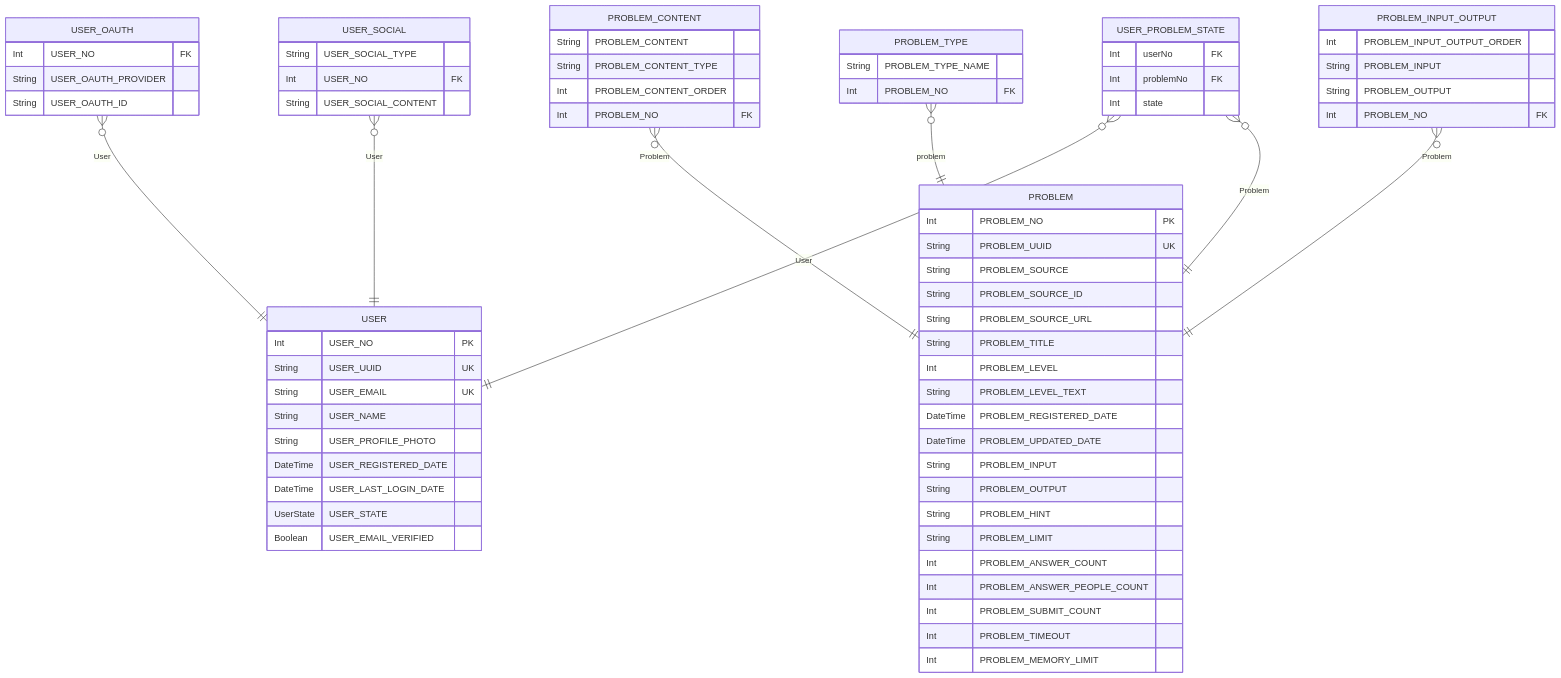
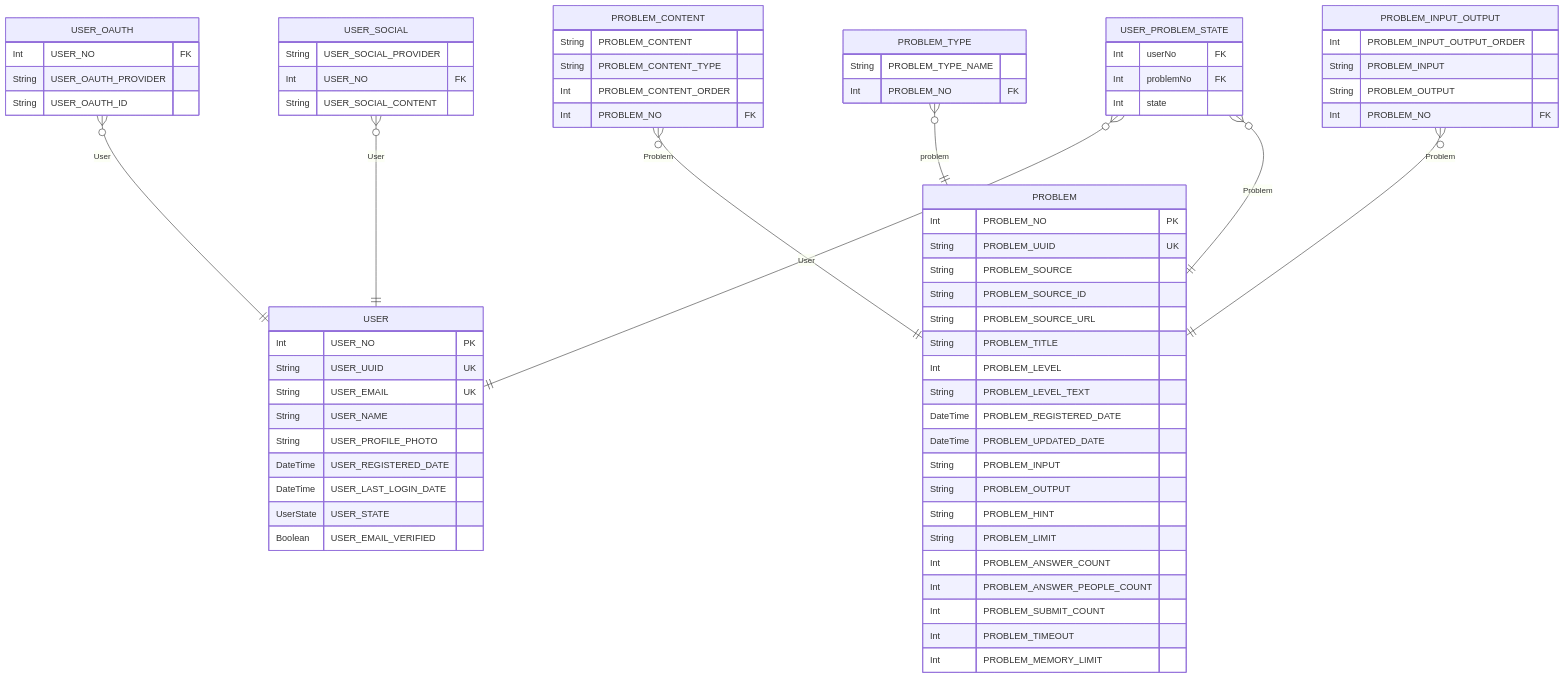
The diagram in libs/prisma/ERD.md (asdasfafsf/Algogo), drawn with Mermaid before and after one commit. The commit also changed other lines of this file and 22 other files, not shown here.

````diff
--- a/libs/prisma/ERD.md
+++ b/libs/prisma/ERD.md
@@ -7,73 +7,73 @@
 ```mermaid
 erDiagram
 "USER" {
   Int USER_NO PK
   String USER_UUID UK
   String USER_EMAIL UK
   String USER_NAME
   String USER_PROFILE_PHOTO
   DateTime USER_REGISTERED_DATE
   DateTime USER_LAST_LOGIN_DATE
   UserState USER_STATE
   Boolean USER_EMAIL_VERIFIED
 }
 "USER_OAUTH" {
   Int USER_NO FK
   String USER_OAUTH_PROVIDER
   String USER_OAUTH_ID
 }
 "USER_SOCIAL" {
-  String USER_SOCIAL_TYPE
+  String USER_SOCIAL_PROVIDER
   Int USER_NO FK
   String USER_SOCIAL_CONTENT
 }
 "PROBLEM" {
   Int PROBLEM_NO PK
   String PROBLEM_UUID UK
   String PROBLEM_SOURCE
   String PROBLEM_SOURCE_ID
   String PROBLEM_SOURCE_URL
   String PROBLEM_TITLE
   Int PROBLEM_LEVEL
   String PROBLEM_LEVEL_TEXT
   DateTime PROBLEM_REGISTERED_DATE
   DateTime PROBLEM_UPDATED_DATE
   String PROBLEM_INPUT
   String PROBLEM_OUTPUT
   String PROBLEM_HINT
   String PROBLEM_LIMIT
   Int PROBLEM_ANSWER_COUNT
   Int PROBLEM_ANSWER_PEOPLE_COUNT
   Int PROBLEM_SUBMIT_COUNT
   Int PROBLEM_TIMEOUT
   Int PROBLEM_MEMORY_LIMIT
 }
 "PROBLEM_CONTENT" {
   String PROBLEM_CONTENT
   String PROBLEM_CONTENT_TYPE
   Int PROBLEM_CONTENT_ORDER
   Int PROBLEM_NO FK
 }
 "PROBLEM_TYPE" {
   String PROBLEM_TYPE_NAME
   Int PROBLEM_NO FK
 }
 "PROBLEM_INPUT_OUTPUT" {
   Int PROBLEM_INPUT_OUTPUT_ORDER
   String PROBLEM_INPUT
   String PROBLEM_OUTPUT
   Int PROBLEM_NO FK
 }
 "USER_PROBLEM_STATE" {
   Int userNo FK
   Int problemNo FK
   Int state
 }
 "USER_OAUTH" }o--|| "USER" : User
 "USER_SOCIAL" }o--|| "USER" : User
 "PROBLEM_CONTENT" }o--|| "PROBLEM" : Problem
 "PROBLEM_TYPE" }o--|| "PROBLEM" : problem
 "PROBLEM_INPUT_OUTPUT" }o--|| "PROBLEM" : Problem
 "USER_PROBLEM_STATE" }o--|| "USER" : User
 "USER_PROBLEM_STATE" }o--|| "PROBLEM" : Problem
 ```
````
